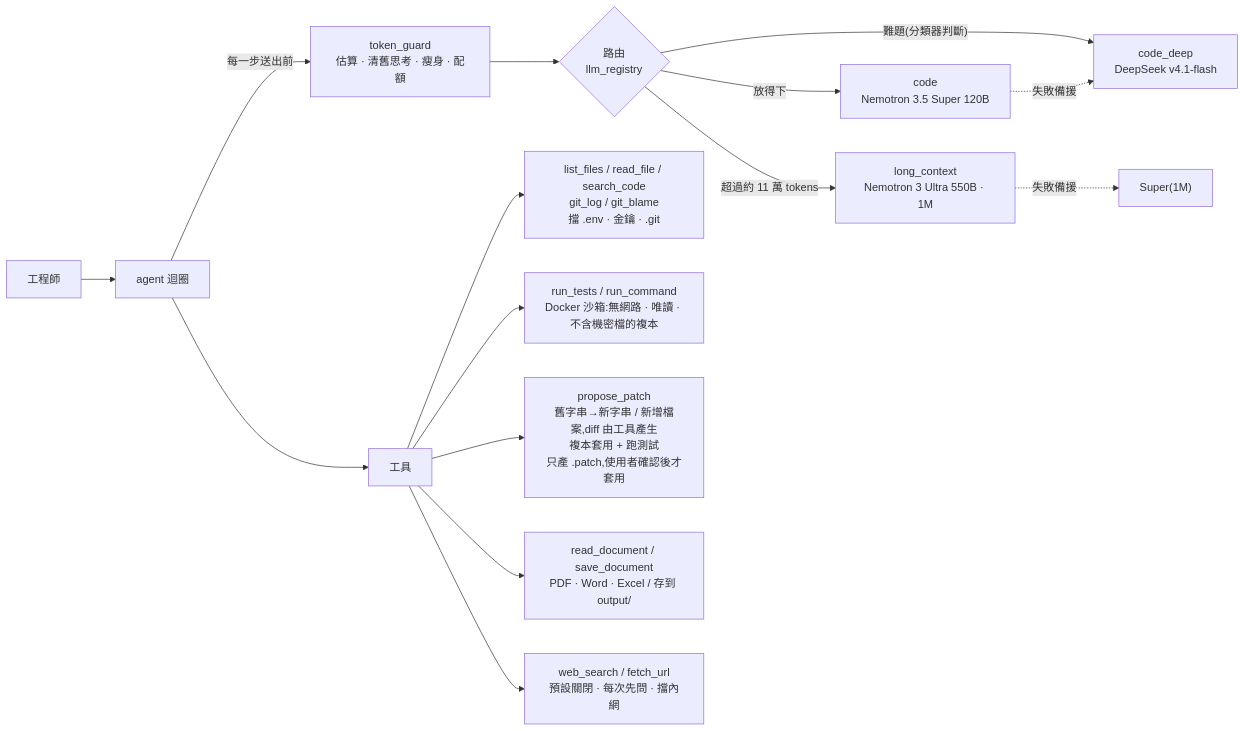
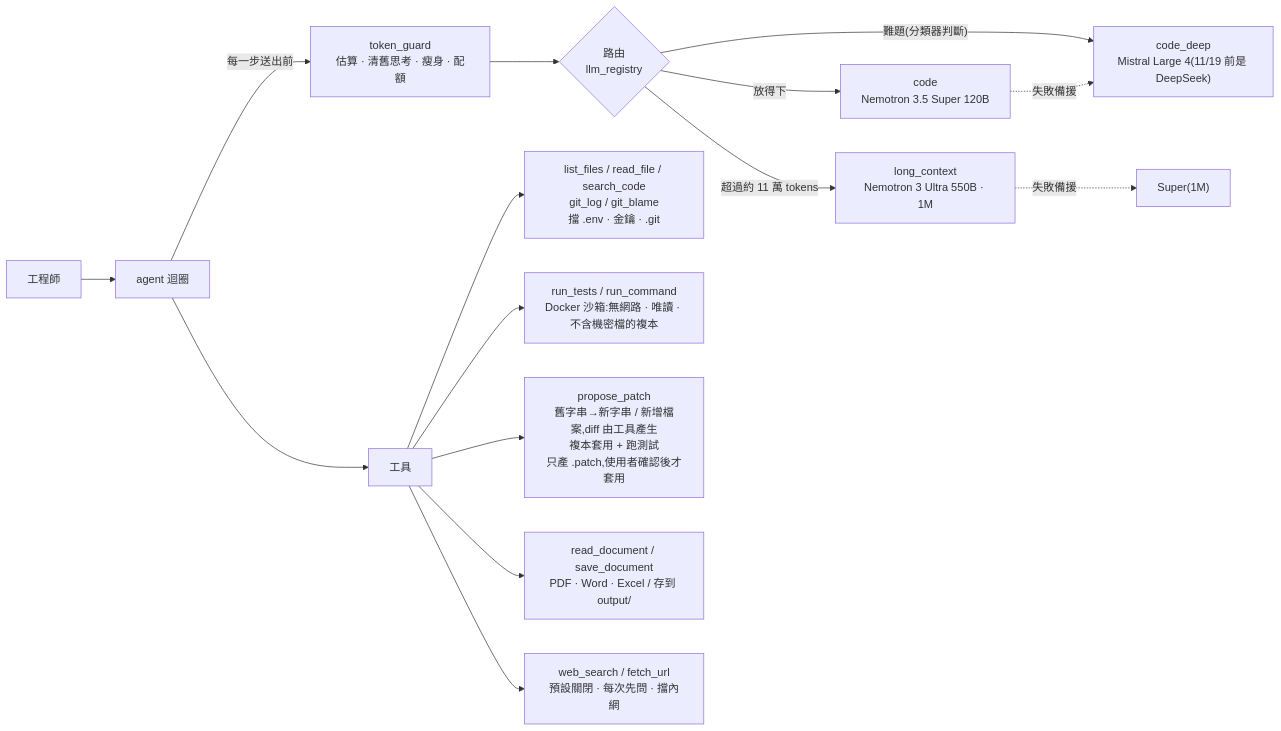
One commit to inform199751-crypto/nvidia-dev-assistant changed the diagram in README.md. Above: the diagram before and after it, drawn with Mermaid. The commit also changed other lines of this file and 1 other file, not shown here.

````diff
--- a/README.md
+++ b/README.md
@@ -63,17 +63,17 @@
 ```mermaid
 flowchart LR
     U[工程師] --> A[agent 迴圈]
     A -->|每一步送出前| G["token_guard<br/>估算 · 清舊思考 · 瘦身 · 配額"]
     G --> R{"路由<br/>llm_registry"}
     R -->|放得下| S["code<br/>Nemotron 3.5 Super 120B"]
     R -->|"超過約 11 萬 tokens"| L["long_context<br/>Nemotron 3 Ultra 550B · 1M"]
     R -->|"難題(分類器判斷)"| D
-    S -. 失敗備援 .-> D["code_deep<br/>DeepSeek v4.1-flash"]
+    S -. 失敗備援 .-> D["code_deep<br/>Mistral Large 4(11/19 前是 DeepSeek)"]
     L -. 失敗備援 .-> S2["Super(1M)"]
     A --> T[工具]
     T --> T1["list_files / read_file / search_code<br/>git_log / git_blame<br/>擋 .env · 金鑰 · .git"]
     T --> T2["run_tests / run_command<br/>Docker 沙箱:無網路 · 唯讀 · 不含機密檔的複本"]
     T --> T3["propose_patch<br/>舊字串→新字串 / 新增檔案,diff 由工具產生<br/>複本套用 + 跑測試<br/>只產 .patch,使用者確認後才套用"]
     T --> T4["read_document / save_document<br/>PDF · Word · Excel / 存到 output/"]
     T --> T5["web_search / fetch_url<br/>預設關閉 · 每次先問 · 擋內網"]
 ```
````
